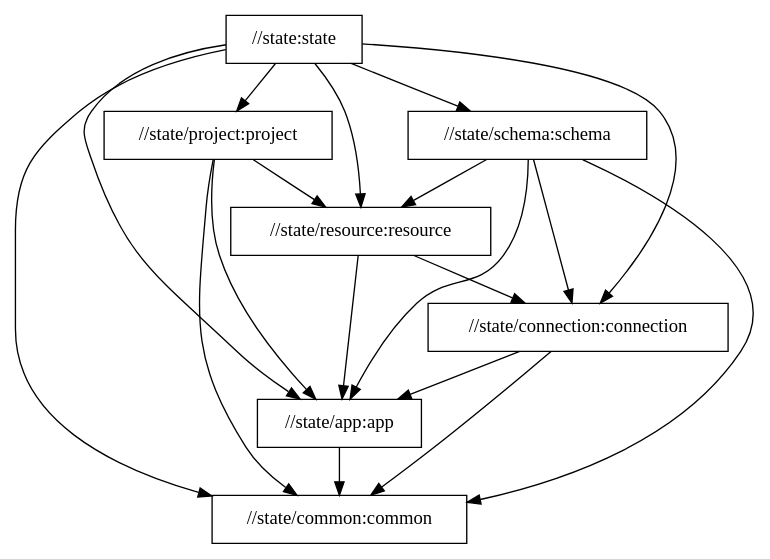
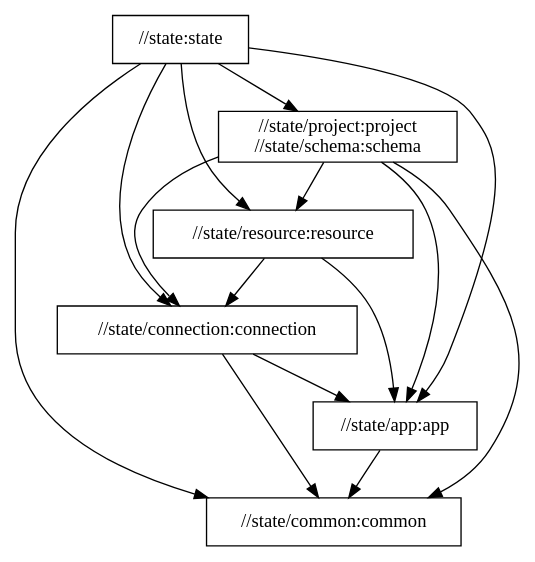
The diagram in docs/state-package-structure.dot (typedb/typedb-studio), drawn with Graphviz before and after one commit. The commit also changed 5 other files, not shown here.

```diff
--- a/docs/state-package-structure.dot
+++ b/docs/state-package-structure.dot
@@ -1,28 +1,23 @@
 digraph mygraph {
   node [shape=box];
   "//state:state"
   "//state:state" -> "//state/app:app"
   "//state:state" -> "//state/common:common"
   "//state:state" -> "//state/connection:connection"
-  "//state:state" -> "//state/project:project"
+  "//state:state" -> "//state/project:project\n//state/schema:schema"
   "//state:state" -> "//state/resource:resource"
-  "//state:state" -> "//state/schema:schema"
-  "//state/schema:schema"
-  "//state/schema:schema" -> "//state/app:app"
-  "//state/schema:schema" -> "//state/common:common"
-  "//state/schema:schema" -> "//state/connection:connection"
-  "//state/schema:schema" -> "//state/resource:resource"
-  "//state/project:project"
-  "//state/project:project" -> "//state/app:app"
-  "//state/project:project" -> "//state/common:common"
-  "//state/project:project" -> "//state/resource:resource"
+  "//state/project:project\n//state/schema:schema"
+  "//state/project:project\n//state/schema:schema" -> "//state/app:app"
+  "//state/project:project\n//state/schema:schema" -> "//state/common:common"
+  "//state/project:project\n//state/schema:schema" -> "//state/connection:connection"
+  "//state/project:project\n//state/schema:schema" -> "//state/resource:resource"
   "//state/resource:resource"
   "//state/resource:resource" -> "//state/app:app"
   "//state/resource:resource" -> "//state/connection:connection"
   "//state/connection:connection"
   "//state/connection:connection" -> "//state/app:app"
   "//state/connection:connection" -> "//state/common:common"
   "//state/app:app"
   "//state/app:app" -> "//state/common:common"
   "//state/common:common"
 }
```
